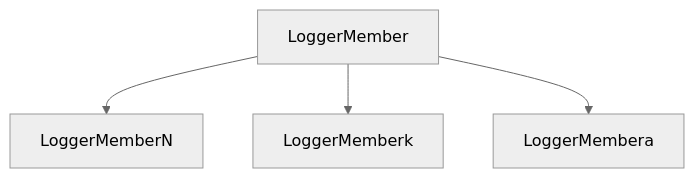
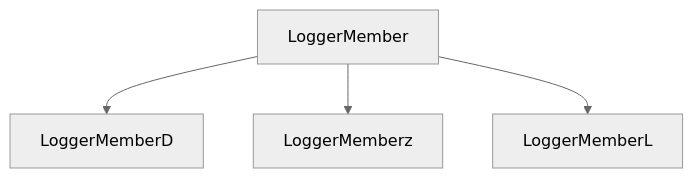
The diagram in mermaid.md (ellementul/uee-core), drawn with Mermaid (neutral theme) before and after one commit. The commit also changed 13 other files, not shown here.

````diff
--- a/mermaid.md
+++ b/mermaid.md
@@ -1,11 +1,11 @@
 ```mermaid
  flowchart TD
-    Niho3ABHU8cqT[LoggerMember]
-    NnClzpaGC7IV6aupgQslxt9TYPD8ZgPeeAMK2ii8[LoggerMemberN]
-    k1QpL6zu5pTZ7hZauUXDgHXZ3B0OhONb2GQqVj9A[LoggerMemberk]
-    arI1IuP0AHf77Co9POyPtCXGG4gSCaDM38MnQusX[LoggerMembera]
+    HU71EM4ut35dtHx9wOPHZ5Rra46L2N9aRUJMnoux[LoggerMember]
+    DS9Aa0HuF5T7Qs6dbT7cjKpxRHHjeSRVd2bBOs51[LoggerMemberD]
+    zNtYvs7zdtuvVXzmymWFkBThpFi8H6pS5TwRy4Y[LoggerMemberz]
+    LASFDjFndbzfz3poUpaU59cQdoxSXXC49C1nFQek[LoggerMemberL]
 
-    Niho3ABHU8cqT --> NnClzpaGC7IV6aupgQslxt9TYPD8ZgPeeAMK2ii8
-    Niho3ABHU8cqT --> k1QpL6zu5pTZ7hZauUXDgHXZ3B0OhONb2GQqVj9A
-    Niho3ABHU8cqT --> arI1IuP0AHf77Co9POyPtCXGG4gSCaDM38MnQusX
+    HU71EM4ut35dtHx9wOPHZ5Rra46L2N9aRUJMnoux --> DS9Aa0HuF5T7Qs6dbT7cjKpxRHHjeSRVd2bBOs51
+    HU71EM4ut35dtHx9wOPHZ5Rra46L2N9aRUJMnoux --> zNtYvs7zdtuvVXzmymWFkBThpFi8H6pS5TwRy4Y
+    HU71EM4ut35dtHx9wOPHZ5Rra46L2N9aRUJMnoux --> LASFDjFndbzfz3poUpaU59cQdoxSXXC49C1nFQek
 ```
````
